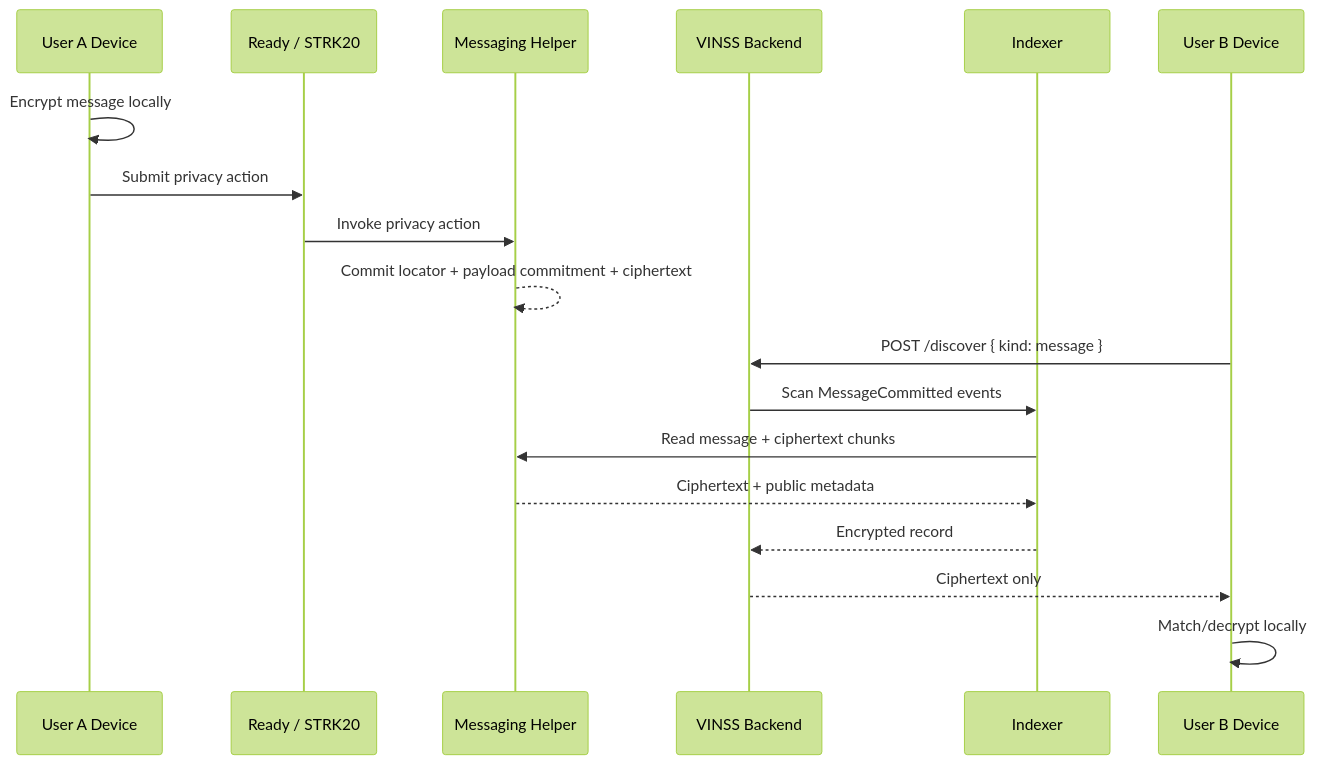
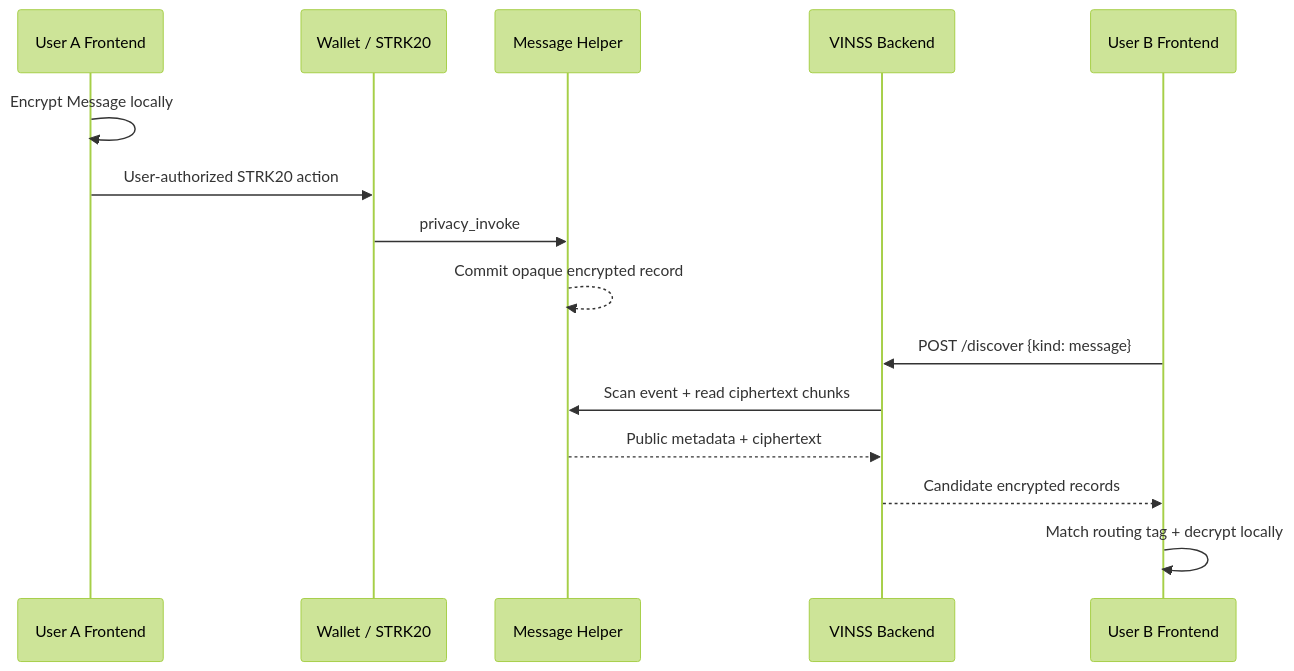
The first of 2 diagrams in docs/technical/backend/backend-interaction-flow.md (DXJLabs/vinss), drawn with Mermaid (forest theme) before and after one commit. The commit also changed other lines of this file and 15 other files, not shown here.

````diff
--- a/docs/technical/backend/backend-interaction-flow.md
+++ b/docs/technical/backend/backend-interaction-flow.md
@@ -11,22 +9,19 @@
 ```mermaid
 sequenceDiagram
-    participant A as User A Device
-    participant W as Ready / STRK20
-    participant H as Messaging Helper
+    participant A as User A Frontend
+    participant W as Wallet / STRK20
+    participant H as Message Helper
     participant B as VINSS Backend
-    participant I as Indexer
-    participant C as User B Device
+    participant C as User B Frontend
 
-    A->>A: Encrypt message locally
-    A->>W: Submit privacy action
-    W->>H: Invoke privacy action
-    H-->>H: Commit locator + payload commitment + ciphertext
+    A->>A: Encrypt Message locally
+    A->>W: User-authorized STRK20 action
+    W->>H: privacy_invoke
+    H-->>H: Commit opaque encrypted record
 
-    C->>B: POST /discover { kind: message }
-    B->>I: Scan MessageCommitted events
-    I->>H: Read message + ciphertext chunks
-    H-->>I: Ciphertext + public metadata
-    I-->>B: Encrypted record
-    B-->>C: Ciphertext only
-    C->>C: Match/decrypt locally
+    C->>B: POST /discover {kind: message}
+    B->>H: Scan event + read ciphertext chunks
+    H-->>B: Public metadata + ciphertext
+    B-->>C: Candidate encrypted records
+    C->>C: Match routing tag + decrypt locally
 ```
````
